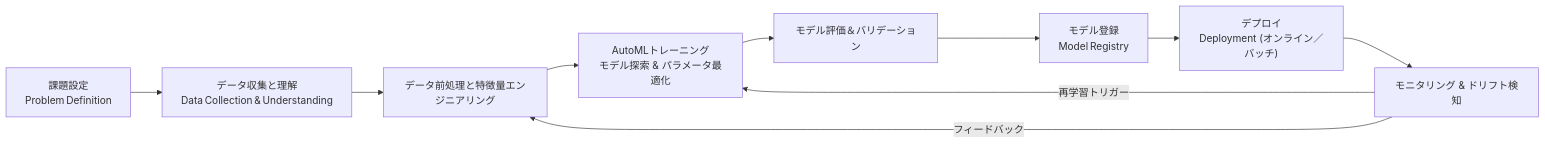
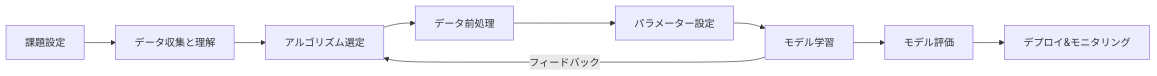
Before and after one commit to SatakeYusuke19920527/zenn: the diagram in articles/azure_ml_intro.md, drawn with Mermaid.

Commit message:
AutoMLプロセスのフローチャートを更新し、各ステップの表現を明確化

````diff
--- a/articles/azure_ml_intro.md
+++ b/articles/azure_ml_intro.md
@@ -46,12 +46,11 @@
 ```mermaid
 flowchart LR
-  A["課題設定\nProblem Definition"] --> B["データ収集と理解\nData Collection & Understanding"]
-  B --> C["データ前処理と特徴量エンジニアリング"]
-  C --> D["AutoMLトレーニング\nモデル探索 & パラメータ最適化"]
-  D --> E["モデル評価＆バリデーション"]
-  E --> F["モデル登録\nModel Registry"]
-  F --> G["デプロイ\nDeployment (オンライン／バッチ)"]
-  G --> H["モニタリング & ドリフト検知"]
-  H -->|フィードバック| C
-  H -->|再学習トリガー| D
+  A["課題設定"] --> B["データ収集と理解"]
+  B --> C["アルゴリズム選定"]
+  C --> D["データ前処理"]
+  D --> E["パラメーター設定"]
+  E --> F["モデル学習"]
+  F --> G["モデル評価"]
+  G --> H["デプロイ&モニタリング"]
+  F -->|フィードバック| C
 ```
````
